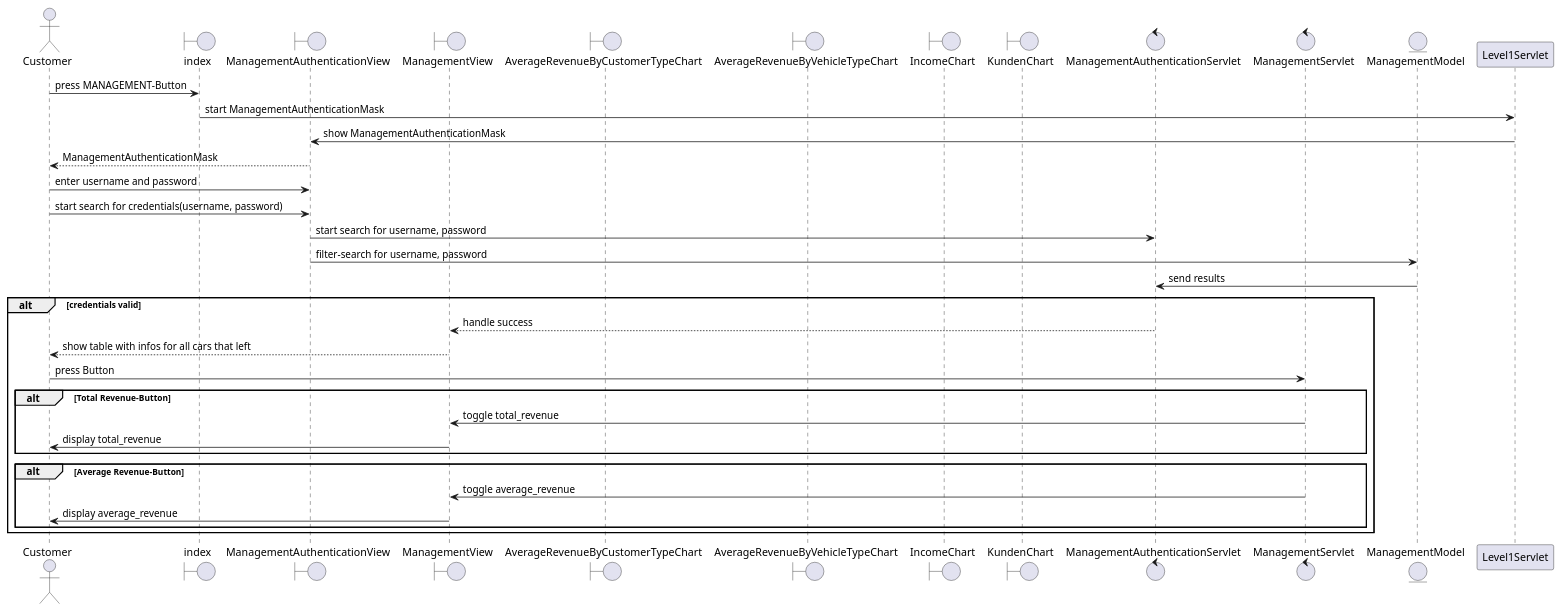
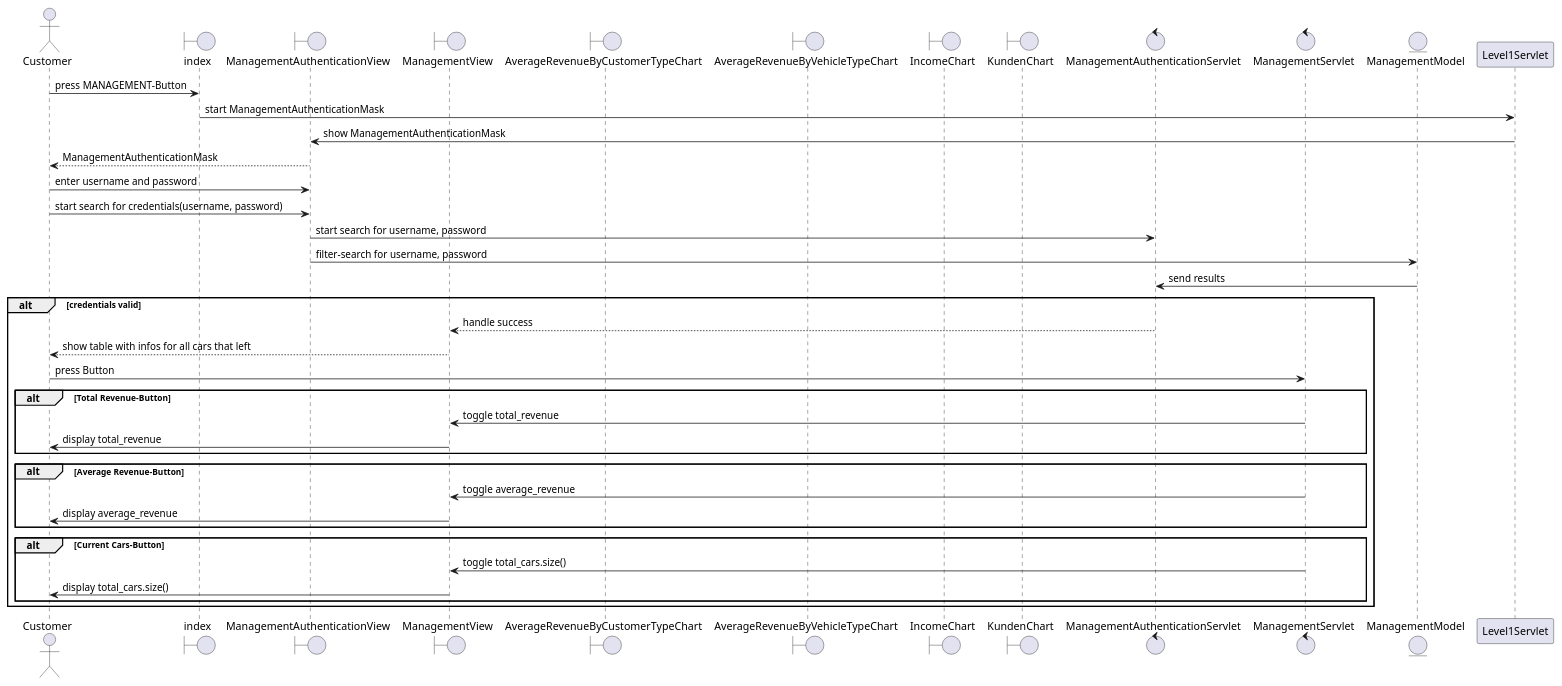
Before and after one commit to 1nbetw33n/Parkhaus_new: the diagram in src/main/parkhaus-project/Parkhaus/java/Planung/DIAGRAMS/sd_Management.puml, drawn with PlantUML.

Commit message:
Current Cars-Button

```diff
--- a/src/main/parkhaus-project/Parkhaus/java/Planung/DIAGRAMS/sd_Management.puml
+++ b/src/main/parkhaus-project/Parkhaus/java/Planung/DIAGRAMS/sd_Management.puml
@@ -1,40 +1,44 @@
 @startuml
 'https://plantuml.com/sequence-diagram
 actor Customer
 boundary index
 boundary ManagementAuthenticationView
 boundary ManagementView
 boundary AverageRevenueByCustomerTypeChart
 boundary AverageRevenueByVehicleTypeChart
 boundary IncomeChart
 boundary KundenChart
 control ManagementAuthenticationServlet
 control ManagementServlet
 entity ManagementModel
 Customer -> index : press MANAGEMENT-Button
 index -> Level1Servlet : start ManagementAuthenticationMask
 Level1Servlet -> ManagementAuthenticationView : show ManagementAuthenticationMask
 ManagementAuthenticationView --> Customer : ManagementAuthenticationMask
 Customer -> ManagementAuthenticationView : enter username and password
 Customer -> ManagementAuthenticationView : start search for credentials(username, password)
 ManagementAuthenticationView -> ManagementAuthenticationServlet : start search for username, password
 ManagementAuthenticationView -> ManagementModel : filter-search for username, password
 ManagementModel -> ManagementAuthenticationServlet : send results
 alt credentials valid
     ManagementAuthenticationServlet --> ManagementView : handle success
     ManagementView --> Customer : show table with infos for all cars that left
     Customer -> ManagementServlet : press Button
     alt Total Revenue-Button
         ManagementServlet -> ManagementView : toggle total_revenue
         ManagementView -> Customer : display total_revenue
     end
     alt Average Revenue-Button
         ManagementServlet -> ManagementView : toggle average_revenue
         ManagementView -> Customer : display average_revenue
     end
+    alt Current Cars-Button
+        ManagementServlet -> ManagementView : toggle total_cars.size()
+        ManagementView -> Customer : display total_cars.size()
+    end
 
 
 end
 
 
 @enduml
```
